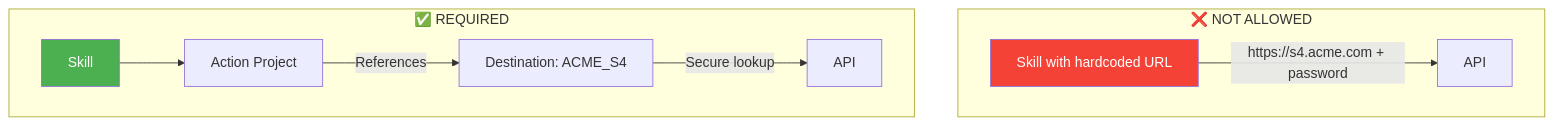
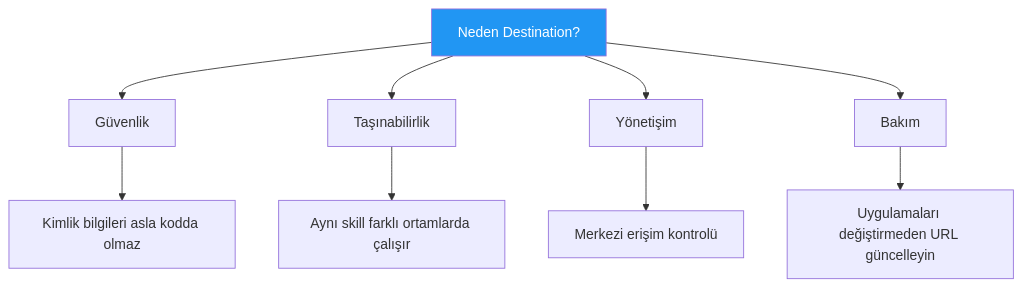
One commit to beyhanmeyrali/sap-all changed the fifth of 6 diagrams in Technical Tutorials/BTP/TR/chapters/08-joule-fundamentals.md. Above: the diagram before and after it, drawn with Mermaid. The commit also changed other lines of this file and 2 other files, not shown here.

````diff
--- a/Technical Tutorials/BTP/TR/chapters/08-joule-fundamentals.md
+++ b/Technical Tutorials/BTP/TR/chapters/08-joule-fundamentals.md
@@ -239,17 +228,16 @@
 ```mermaid
-graph TD
-    subgraph "❌ NOT ALLOWED"
-        SK1[Skill with hardcoded URL]
-        SK1 --> |"https://s4.acme.com + password"| API1[API]
-    end
+flowchart TD
+    Q[Neden Destination?]
 
-    subgraph "✅ REQUIRED"
-        SK2[Skill]
-        SK2 --> AP[Action Project]
-        AP --> |"References"| DS[Destination: ACME_S4]
-        DS --> |"Secure lookup"| API2[API]
-    end
+    Q --> S1[Güvenlik]
+    Q --> S2[Taşınabilirlik]
+    Q --> S3[Yönetişim]
+    Q --> S4[Bakım]
 
-    style SK1 fill:#f44336,color:white
-    style SK2 fill:#4CAF50,color:white
+    S1 --> D1[Kimlik bilgileri asla kodda olmaz]
+    S2 --> D2[Aynı skill farklı ortamlarda çalışır]
+    S3 --> D3[Merkezi erişim kontrolü]
+    S4 --> D4[Uygulamaları değiştirmeden URL güncelleyin]
+
+    style Q fill:#2196F3,color:white
 ```
````
